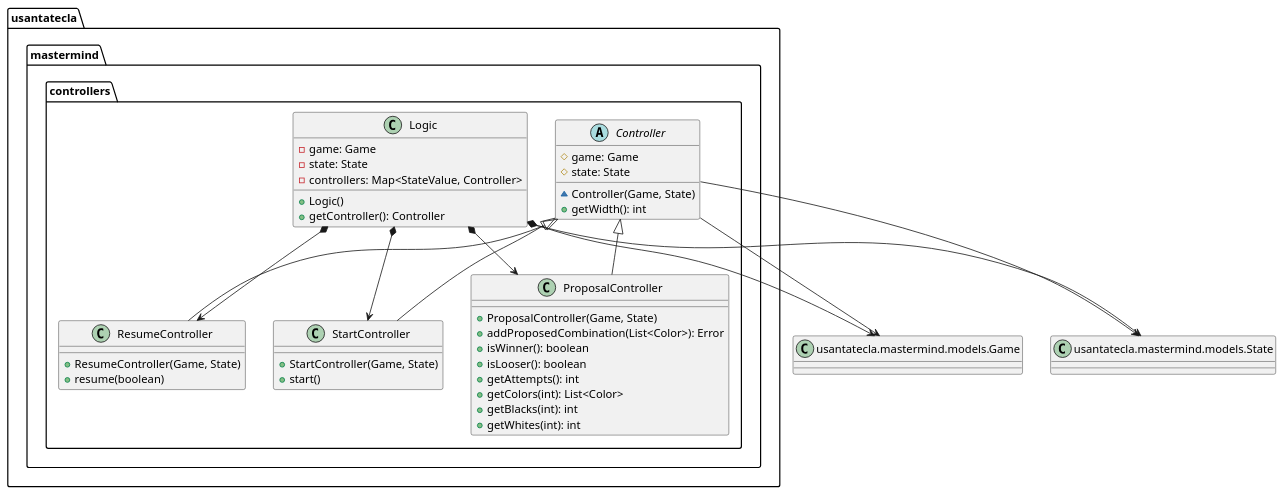
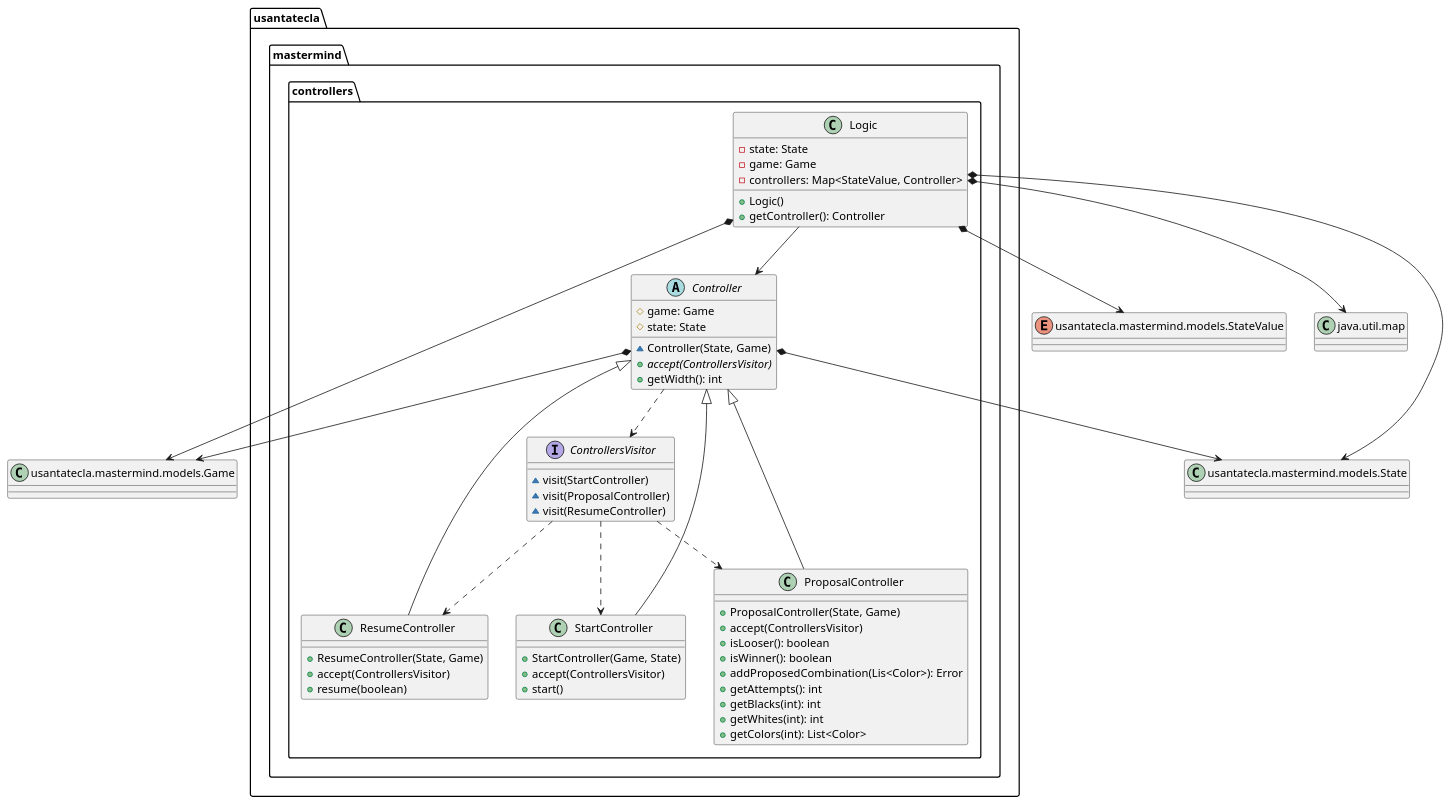
One commit to SantaTecla-mastermind/solution.java.swing.socket.sql changed the fourth of 6 diagrams in modelViewPresenter/presentationModel/withDoubleDispatching/docs/diagrams/src/paquetes.plantuml. Above: the diagram before and after it, drawn with PlantUML. The commit also changed other lines of this file and 3 other files, not shown here.

Commit message:
Diagrams MVP WithDoubleDispatching finished

```diff
--- a/modelViewPresenter/presentationModel/withDoubleDispatching/docs/diagrams/src/paquetes.plantuml
+++ b/modelViewPresenter/presentationModel/withDoubleDispatching/docs/diagrams/src/paquetes.plantuml
@@ -228,57 +240,78 @@
 @startuml usantatecla.mastermind.controllers
 class Game as "usantatecla.mastermind.models.Game" {
 
 
 }
 
 class State as "usantatecla.mastermind.models.State" {
 
 
 }
 
-abstract class  usantatecla.mastermind.controllers.Controller{
+Enum StateValue as "usantatecla.mastermind.models.StateValue" {
+
+
+}
+
+class Map as "java.util.map"
+
+abstract class usantatecla.mastermind.controllers.Controller{
 # game: Game
 # state: State
-~ Controller(Game, State)
+~ Controller(State, Game)
++ {abstract} accept(ControllersVisitor)
 + getWidth(): int
 }
-usantatecla.mastermind.controllers.Controller -down-> Game
-usantatecla.mastermind.controllers.Controller -down-> State
+usantatecla.mastermind.controllers.Controller *-down-> State
+usantatecla.mastermind.controllers.Controller *-down-> Game
+usantatecla.mastermind.controllers.Controller ..> usantatecla.mastermind.controllers.ControllersVisitor
+
+interface usantatecla.mastermind.controllers.ControllersVisitor{
+~ visit(StartController)
+~ visit(ProposalController)
+~ visit(ResumeController)
+}
+usantatecla.mastermind.controllers.ControllersVisitor ..> usantatecla.mastermind.controllers.ResumeController
+usantatecla.mastermind.controllers.ControllersVisitor ..> usantatecla.mastermind.controllers.StartController
+usantatecla.mastermind.controllers.ControllersVisitor ..> usantatecla.mastermind.controllers.ProposalController
 
 class  usantatecla.mastermind.controllers.Logic{
+- state: State
 - game: Game
-- state: State
 - controllers: Map<StateValue, Controller>
 + Logic()
 + getController(): Controller
 }
-usantatecla.mastermind.controllers.Logic *-down-> usantatecla.mastermind.controllers.ResumeController
-usantatecla.mastermind.controllers.Logic *-down-> usantatecla.mastermind.controllers.StartController
-usantatecla.mastermind.controllers.Logic *-down-> usantatecla.mastermind.controllers.ProposalController
+usantatecla.mastermind.controllers.Logic *-down-> StateValue
+usantatecla.mastermind.controllers.Logic *-down-> State
+usantatecla.mastermind.controllers.Logic *-down-> Map
 usantatecla.mastermind.controllers.Logic *-down-> Game
-usantatecla.mastermind.controllers.Logic *-down-> State
+usantatecla.mastermind.controllers.Logic --> usantatecla.mastermind.controllers.Controller
 
 class  usantatecla.mastermind.controllers.ProposalController{
-+ ProposalController(Game, State)
-+ addProposedCombination(List<Color>): Error
++ ProposalController(State, Game)
++ accept(ControllersVisitor)
++ isLooser(): boolean
 + isWinner(): boolean
-+ isLooser(): boolean
++ addProposedCombination(Lis<Color>): Error
 + getAttempts(): int
-+ getColors(int): List<Color>
 + getBlacks(int): int
 + getWhites(int): int
++ getColors(int): List<Color>
 }
 usantatecla.mastermind.controllers.Controller <|-down- usantatecla.mastermind.controllers.ProposalController
 
 class  usantatecla.mastermind.controllers.ResumeController{
-+ ResumeController(Game, State)
++ ResumeController(State, Game)
++ accept(ControllersVisitor)
 + resume(boolean)
 }
 usantatecla.mastermind.controllers.Controller <|-down- usantatecla.mastermind.controllers.ResumeController
 
 class  usantatecla.mastermind.controllers.StartController{
 + StartController(Game, State)
++ accept(ControllersVisitor)
 + start()
 }
 usantatecla.mastermind.controllers.Controller <|-down- usantatecla.mastermind.controllers.StartController
 @enduml
```
